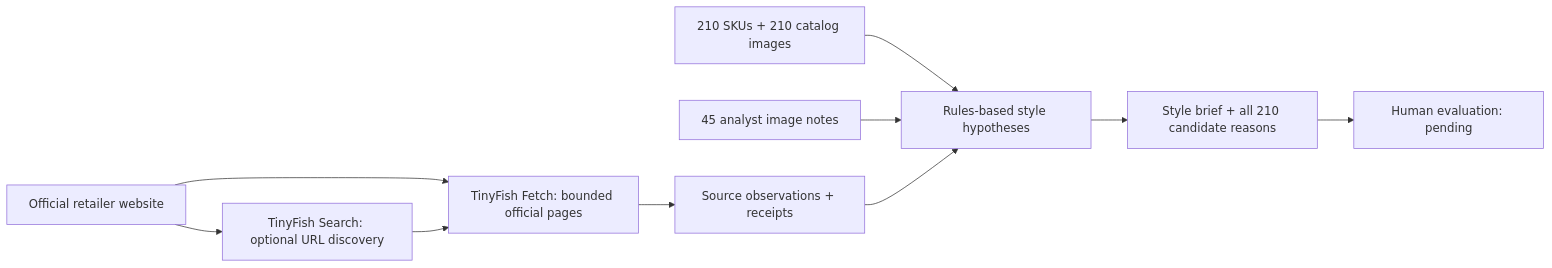
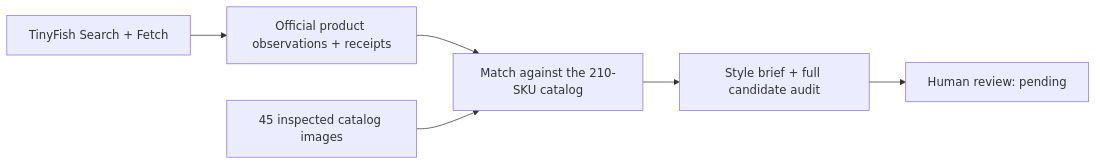
One commit to dreamsova/kinbor-retailer-intelligence changed the diagram in README.md. Above: the diagram before and after it, drawn with Mermaid. The commit also changed other lines of this file and 285 other files, not shown here.

````diff
--- a/README.md
+++ b/README.md
@@ -29,12 +11,8 @@
 ```mermaid
 flowchart LR
-    A[Official retailer website] --> B[TinyFish Search: optional URL discovery]
-    A --> C[TinyFish Fetch: bounded official pages]
-    B --> C
-    C --> D[Source observations + receipts]
-    E[210 SKUs + 210 catalog images] --> F[Rules-based style hypotheses]
-    G[45 analyst image notes] --> F
-    D --> F
-    F --> H[Style brief + all 210 candidate reasons]
-    H --> I[Human evaluation: pending]
+    A[TinyFish Search + Fetch] --> B[Official product observations + receipts]
+    B --> C[Match against the 210-SKU catalog]
+    D[45 inspected catalog images] --> C
+    C --> E[Style brief + full candidate audit]
+    E --> F[Human review: pending]
 ```
````
